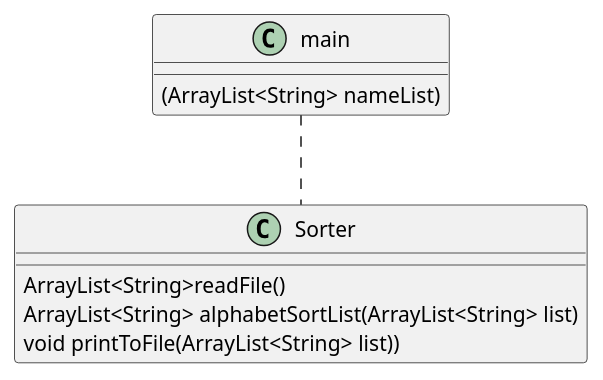
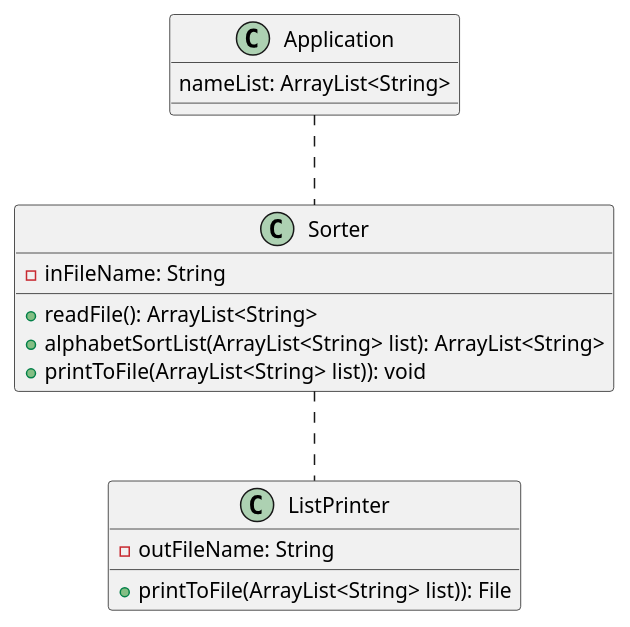
Before and after one commit to JMoore910/moore-a04: the diagram in exercise41/docs/exercise41Diagram.puml, drawn with PlantUML. The commit also changed 32 other files, not shown here.

Commit message:
Exercise41 UML Diagram

```diff
--- a/exercise41/docs/exercise41Diagram.puml
+++ b/exercise41/docs/exercise41Diagram.puml
@@ -1,17 +1,24 @@
 @startuml
 
 class Sorter {
-    ArrayList<String>readFile()
-    ArrayList<String> alphabetSortList(ArrayList<String> list)
-    void printToFile(ArrayList<String> list))
+    -inFileName: String
+
+    +readFile(): ArrayList<String>
+    +alphabetSortList(ArrayList<String> list): ArrayList<String>
+    +printToFile(ArrayList<String> list)): void
 }
 
 
-class main {
-    (ArrayList<String> nameList)
+class Application {
+    nameList: ArrayList<String>
 }
 
+class ListPrinter {
+    -outFileName: String
+    +printToFile(ArrayList<String> list)): File
+}
 
-main .. Sorter
+Application .. Sorter
+Sorter .. ListPrinter
 
 @enduml
```
